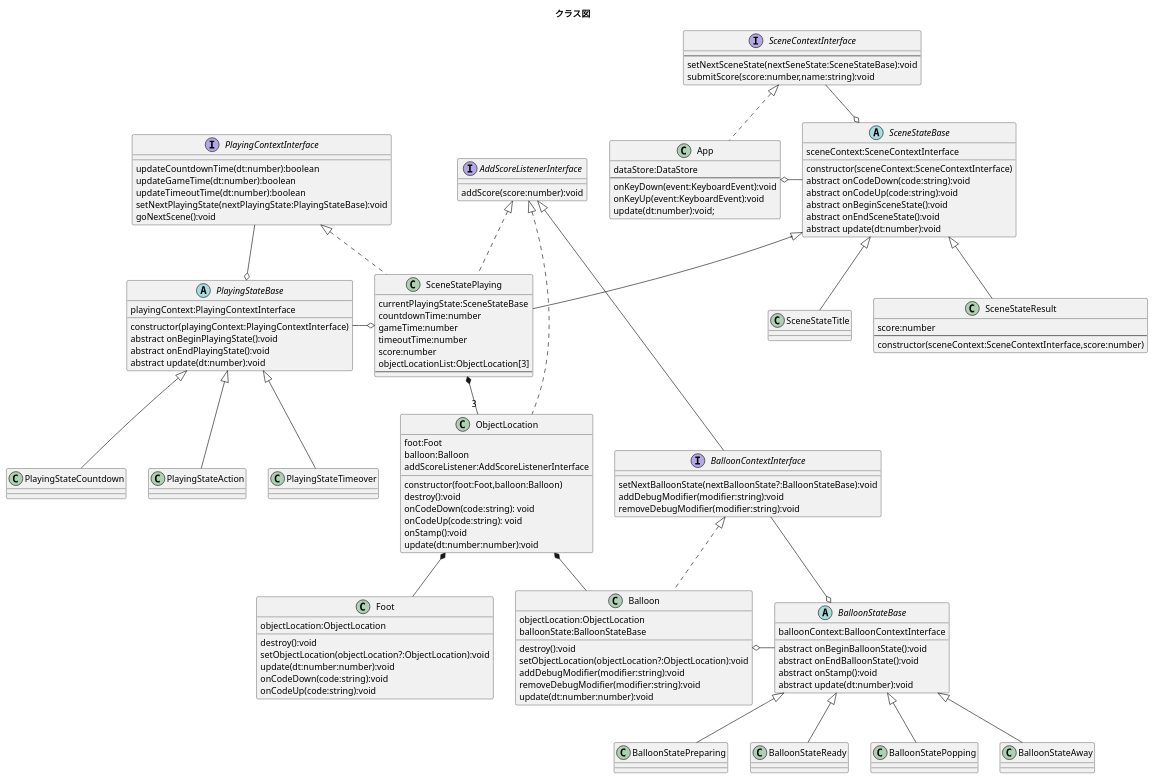
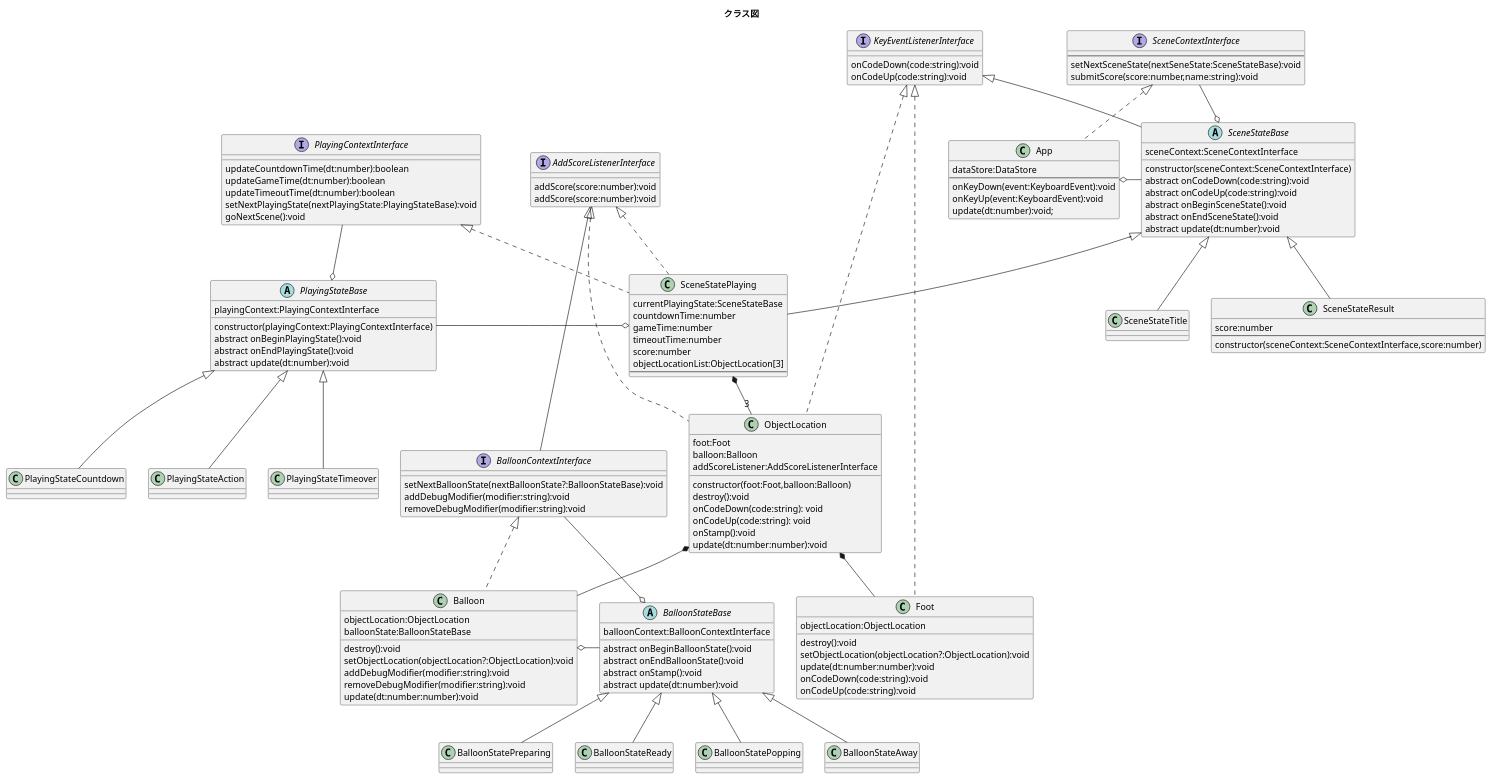
One commit to novogrammer/balloon-popping-game changed the diagram in uml/class-diagram.puml. Above: the diagram before and after it, drawn with PlantUML. The commit also changed 4 other files, not shown here.

Commit message:
KeyEventListenerInterfaceを定義

```diff
--- a/uml/class-diagram.puml
+++ b/uml/class-diagram.puml
@@ -1,156 +1,164 @@
 @startuml クラス図
 title クラス図
+
+interface AddScoreListenerInterface{
+  addScore(score:number):void
+}
+interface KeyEventListenerInterface{
+  onCodeDown(code:string):void
+  onCodeUp(code:string):void
+}
 
 abstract class BalloonStateBase{
   balloonContext:BalloonContextInterface
   abstract onBeginBalloonState():void
   abstract onEndBalloonState():void
   abstract onStamp():void
   abstract update(dt:number):void
 }
 class BalloonStatePreparing extends BalloonStateBase{
 
 }
 class BalloonStateReady extends BalloonStateBase{
 
 }
 class BalloonStatePopping extends BalloonStateBase{
 
 }
 class BalloonStateAway extends BalloonStateBase{
 
 }
 
 
 interface BalloonContextInterface extends AddScoreListenerInterface{
   setNextBalloonState(nextBalloonState?:BalloonStateBase):void
   addDebugModifier(modifier:string):void
   removeDebugModifier(modifier:string):void
 }
 
 
 
-class ObjectLocation implements AddScoreListenerInterface{
+class ObjectLocation implements AddScoreListenerInterface,KeyEventListenerInterface{
   foot:Foot
   balloon:Balloon
   addScoreListener:AddScoreListenerInterface
   constructor(foot:Foot,balloon:Balloon)
   destroy():void
   onCodeDown(code:string): void
   onCodeUp(code:string): void
   onStamp():void
   update(dt:number:number):void
 }
 
-class Foot{
+class Foot implements KeyEventListenerInterface{
   objectLocation:ObjectLocation
   destroy():void
   setObjectLocation(objectLocation?:ObjectLocation):void
   update(dt:number:number):void
   onCodeDown(code:string):void
   onCodeUp(code:string):void
 }
 
 interface AddScoreListenerInterface{
   addScore(score:number):void
 }
 
 class Balloon implements BalloonContextInterface{
   objectLocation:ObjectLocation
   balloonState:BalloonStateBase
 
   destroy():void
   setObjectLocation(objectLocation?:ObjectLocation):void
   addDebugModifier(modifier:string):void
   removeDebugModifier(modifier:string):void
   update(dt:number:number):void
 }
 
 abstract class PlayingStateBase{
   playingContext:PlayingContextInterface
 
   constructor(playingContext:PlayingContextInterface)
   abstract onBeginPlayingState():void
   abstract onEndPlayingState():void
   abstract update(dt:number):void
 }
 
 class PlayingStateCountdown extends PlayingStateBase{
 
 }
 class PlayingStateAction extends PlayingStateBase{
 
 }
 
 class PlayingStateTimeover extends PlayingStateBase{
 
 }
 
 interface PlayingContextInterface{
   updateCountdownTime(dt:number):boolean
   updateGameTime(dt:number):boolean
   updateTimeoutTime(dt:number):boolean
   setNextPlayingState(nextPlayingState:PlayingStateBase):void
   goNextScene():void
 }
 
-abstract class SceneStateBase{
+abstract class SceneStateBase extends KeyEventListenerInterface{
   sceneContext:SceneContextInterface
 
   constructor(sceneContext:SceneContextInterface)
   abstract onCodeDown(code:string):void
   abstract onCodeUp(code:string):void
   abstract onBeginSceneState():void
   abstract onEndSceneState():void
   abstract update(dt:number):void
 }
 
 class SceneStateTitle extends SceneStateBase{
 }
 class SceneStatePlaying extends SceneStateBase implements PlayingContextInterface,AddScoreListenerInterface{
   currentPlayingState:SceneStateBase
   countdownTime:number
   gameTime:number
   timeoutTime:number
   score:number
   objectLocationList:ObjectLocation[3]
   --
 }
 class SceneStateResult extends SceneStateBase{
   score:number
   --
   constructor(sceneContext:SceneContextInterface,score:number)
 }
 
 
 interface SceneContextInterface{
   --
   setNextSceneState(nextSeneState:SceneStateBase):void
   submitScore(score:number,name:string):void
 }
 
 class App implements SceneContextInterface{
   dataStore:DataStore
   --
   onKeyDown(event:KeyboardEvent):void
   onKeyUp(event:KeyboardEvent):void
   update(dt:number):void;
 }
 
 
 SceneStateBase o-up- SceneContextInterface
 App o-right- SceneStateBase
 
 SceneStatePlaying *-- "3" ObjectLocation
 ObjectLocation *-- Foot
 ObjectLocation *-- Balloon
 
 
 BalloonStateBase o-up- BalloonContextInterface
 Balloon o-right- BalloonStateBase
 
 
 PlayingStateBase o-up- PlayingContextInterface
 SceneStatePlaying o-left- PlayingStateBase
 
 @enduml
```
